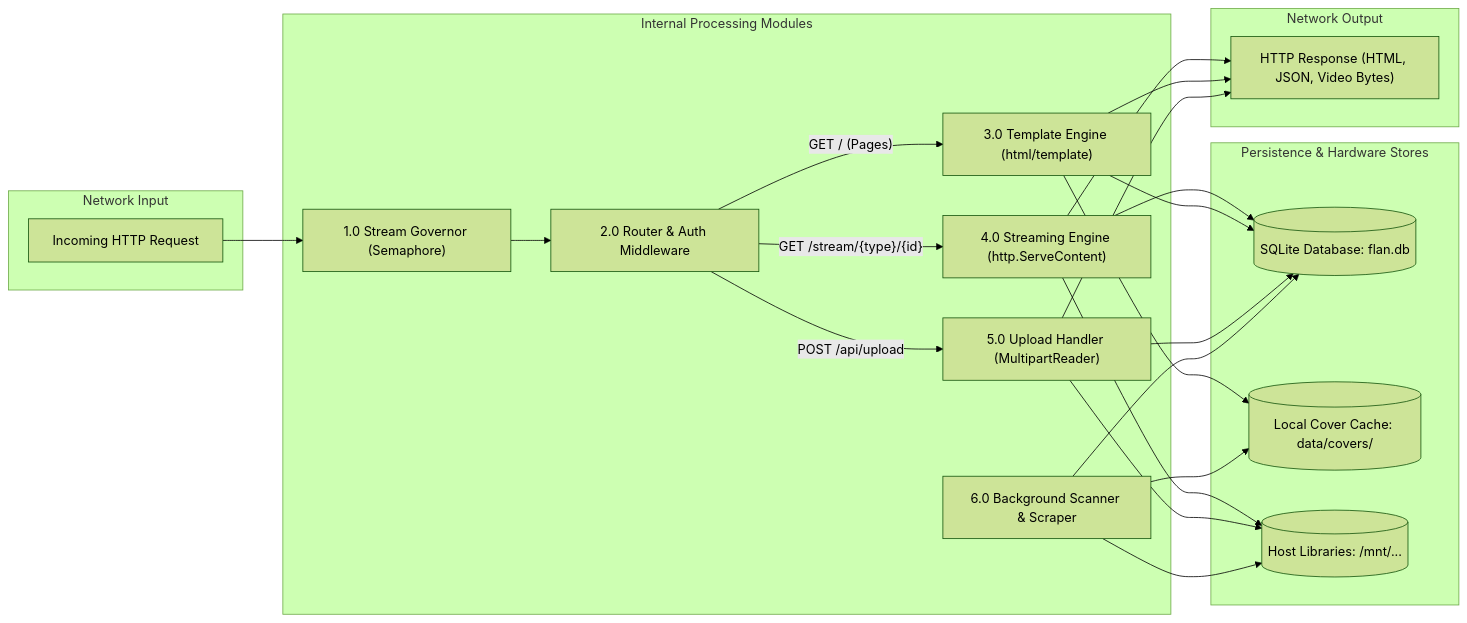
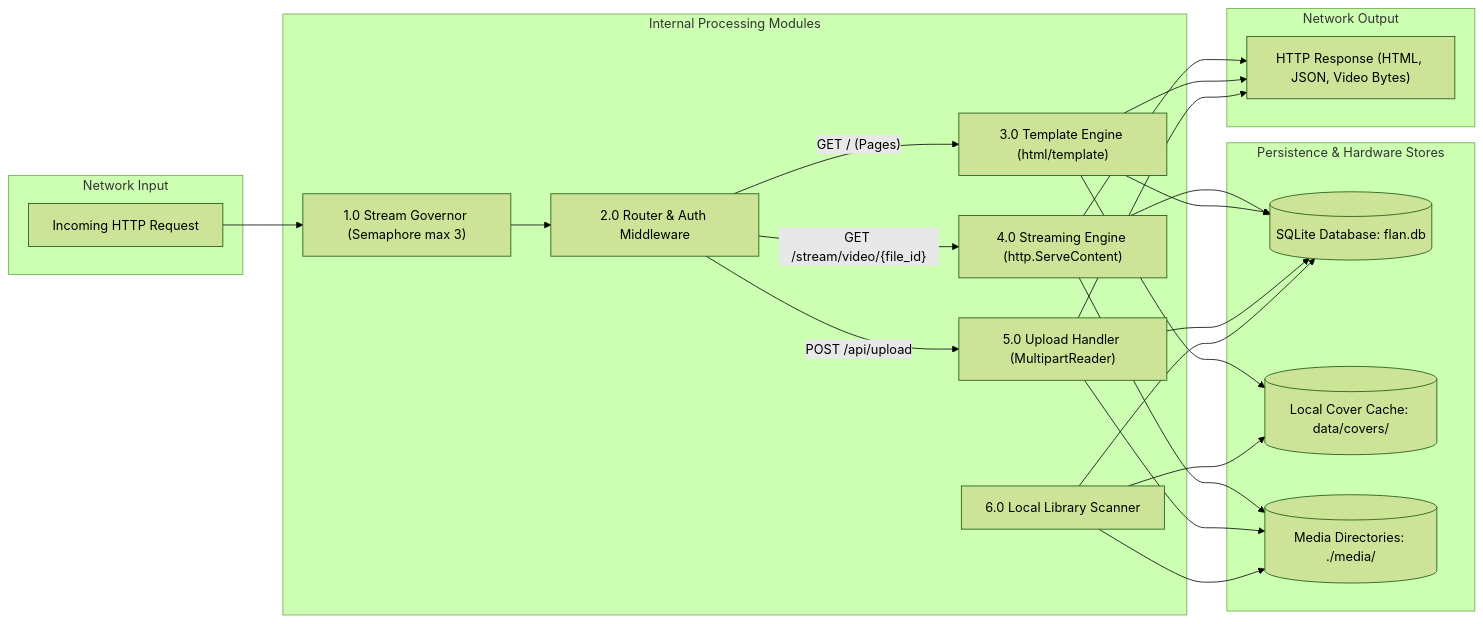
Before and after one commit to WesleyEsq/Flan-Media-Server: the second of 6 diagrams in docs/diagrams/data-flow.md, drawn with Mermaid (forest theme). The commit also changed other lines of this file and 14 other files, not shown here.

````diff
--- a/docs/diagrams/data-flow.md
+++ b/docs/diagrams/data-flow.md
@@ -48,43 +43,43 @@
 ```mermaid
 flowchart LR
     subgraph Input["Network Input"]
         Request["Incoming HTTP Request"]
     end
 
     subgraph Core["Internal Processing Modules"]
-        Governor["1.0 Stream Governor (Semaphore)"]
+        Governor["1.0 Stream Governor (Semaphore max 3)"]
         Router["2.0 Router & Auth Middleware"]
         PageEngine["3.0 Template Engine (html/template)"]
         StreamEngine["4.0 Streaming Engine (http.ServeContent)"]
         UploadEngine["5.0 Upload Handler (MultipartReader)"]
-        Scanner["6.0 Background Scanner & Scraper"]
+        Scanner["6.0 Local Library Scanner"]
     end
 
     subgraph Stores["Persistence & Hardware Stores"]
         SQLite[("SQLite Database: flan.db")]
         Covers[("Local Cover Cache: data/covers/")]
-        HostDrives[("Host Libraries: /mnt/...")]
+        HostDrives[("Media Directories: ./media/")]
     end
 
     subgraph Output["Network Output"]
         Response["HTTP Response (HTML, JSON, Video Bytes)"]
     end
 
     Request --> Governor
     Governor --> Router
-    Router -- "GET /stream/{type}/{id}" --> StreamEngine
+    Router -- "GET /stream/video/{file_id}" --> StreamEngine
     Router -- "GET / (Pages)" --> PageEngine
     Router -- "POST /api/upload" --> UploadEngine
     StreamEngine --> SQLite
     StreamEngine --> HostDrives
     StreamEngine --> Response
     PageEngine --> SQLite
     PageEngine --> Covers
     PageEngine --> Response
     UploadEngine --> HostDrives
     UploadEngine --> SQLite
     UploadEngine --> Response
     Scanner --> HostDrives
     Scanner --> SQLite
     Scanner --> Covers
 ```
````
